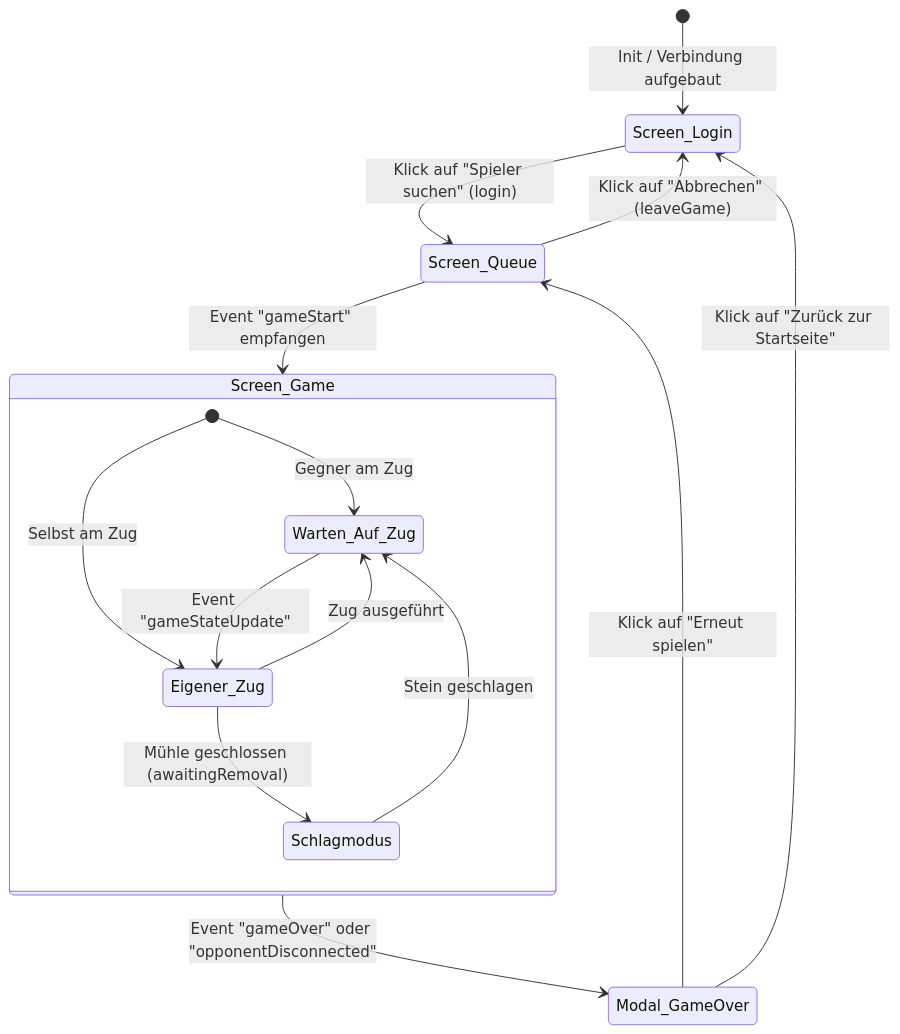
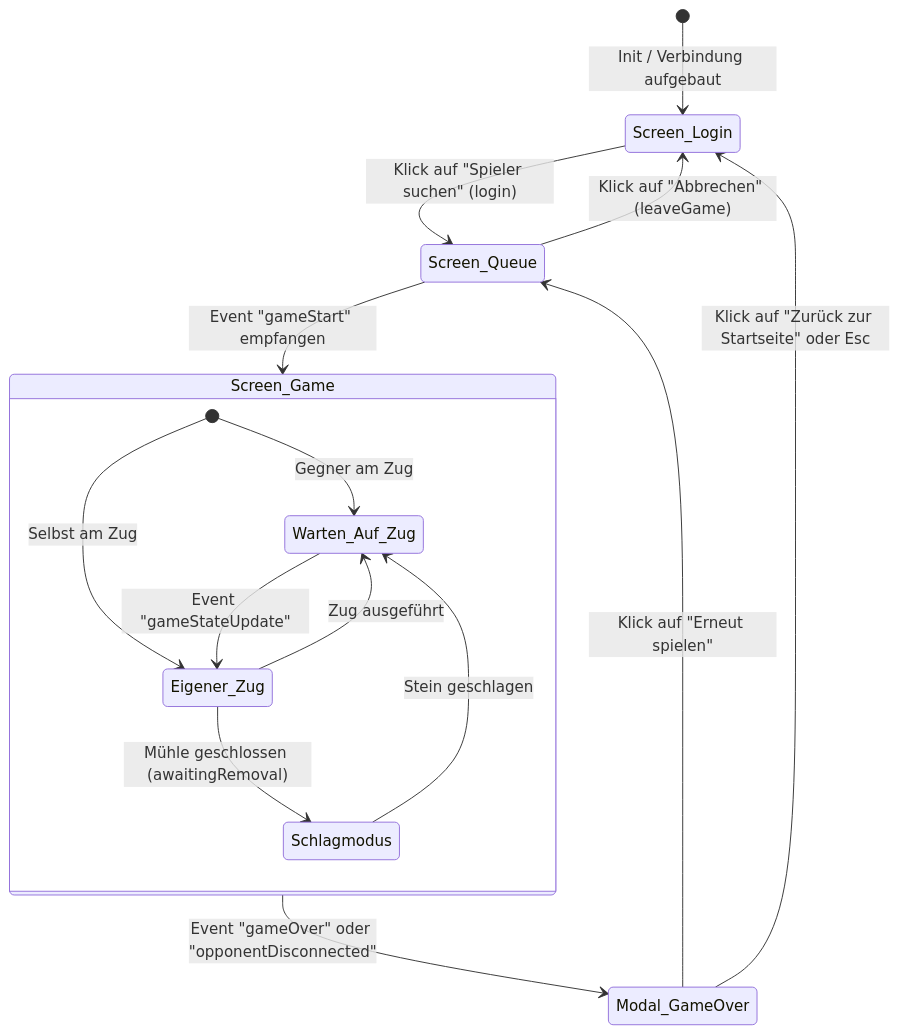
One commit to sventurbo/MuehleJS changed the fifth of 10 diagrams in Systemmodel.md. Above: the diagram before and after it, drawn with Mermaid. The commit also changed other lines of this file and 31 other files, not shown here.

````diff
--- a/Systemmodel.md
+++ b/Systemmodel.md
@@ -298,21 +298,21 @@
 ```mermaid
 stateDiagram-v2
     [*] --> Screen_Login: Init / Verbindung aufgebaut
     Screen_Login --> Screen_Queue: Klick auf "Spieler suchen" (login)
     Screen_Queue --> Screen_Login: Klick auf "Abbrechen" (leaveGame)
 
     Screen_Queue --> Screen_Game: Event "gameStart" empfangen
 
     state Screen_Game {
         [*] --> Warten_Auf_Zug: Gegner am Zug
         [*] --> Eigener_Zug: Selbst am Zug
         Warten_Auf_Zug --> Eigener_Zug: Event "gameStateUpdate"
         Eigener_Zug --> Warten_Auf_Zug: Zug ausgeführt
         Eigener_Zug --> Schlagmodus: Mühle geschlossen (awaitingRemoval)
         Schlagmodus --> Warten_Auf_Zug: Stein geschlagen
     }
 
     Screen_Game --> Modal_GameOver: Event "gameOver" oder "opponentDisconnected"
     Modal_GameOver --> Screen_Queue: Klick auf "Erneut spielen"
-    Modal_GameOver --> Screen_Login: Klick auf "Zurück zur Startseite"
+    Modal_GameOver --> Screen_Login: Klick auf "Zurück zur Startseite" oder Esc
 ```
````
